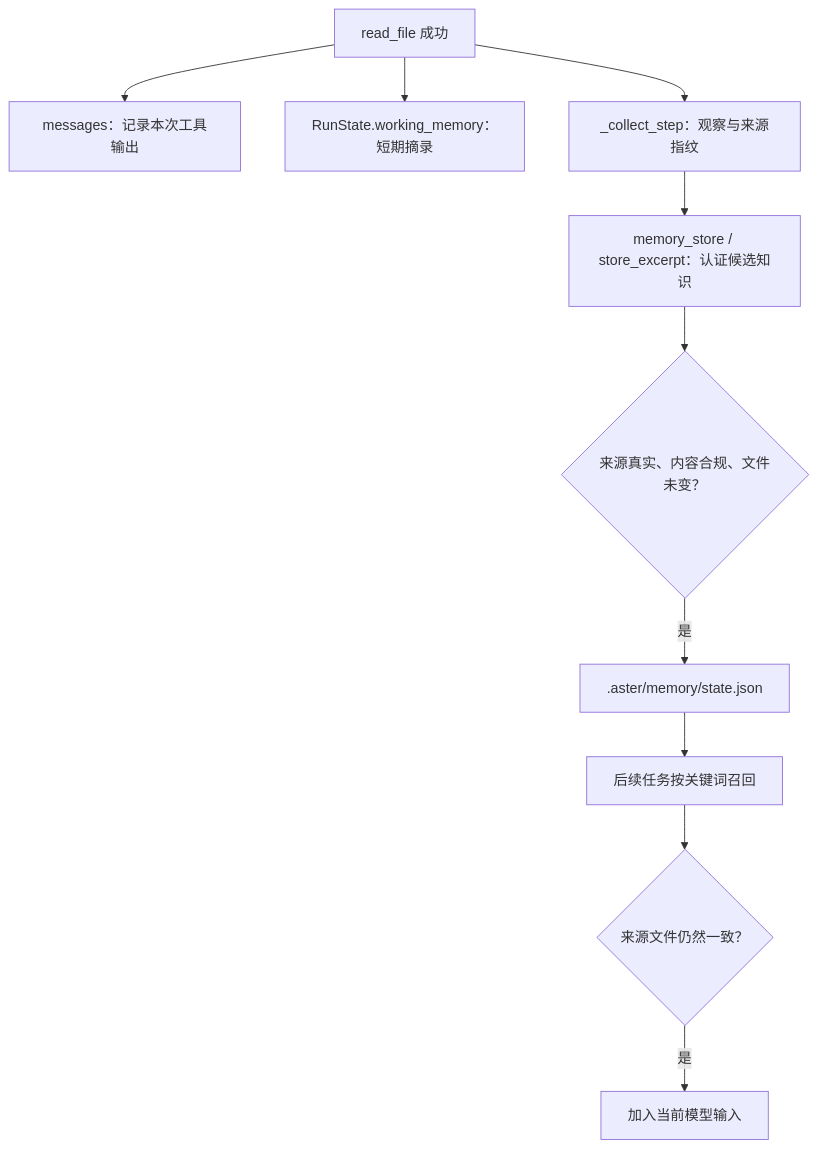
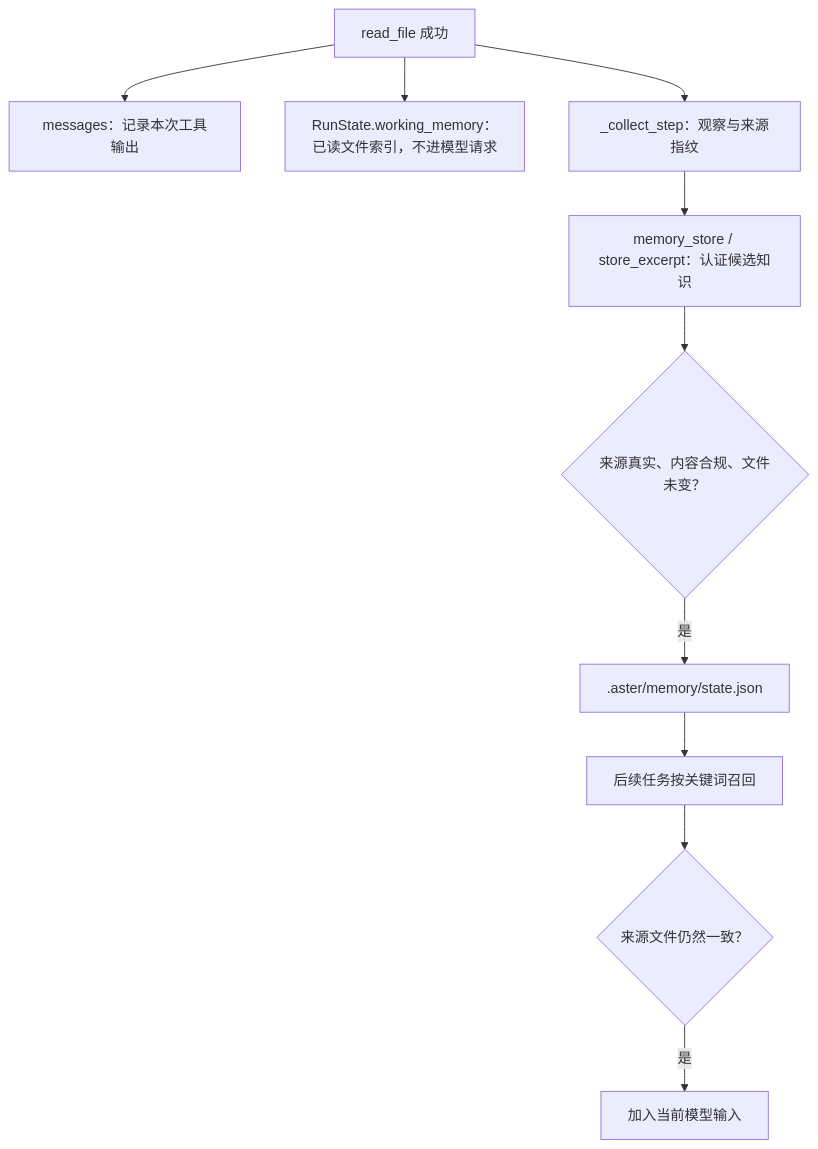
The diagram in docs/learning/10-layered-memory.md (prossiblezero/Aster), drawn with Mermaid before and after one commit. The commit also changed other lines of this file and 7 other files, not shown here.

````diff
--- a/docs/learning/10-layered-memory.md
+++ b/docs/learning/10-layered-memory.md
@@ -15,12 +15,12 @@
 ```mermaid
 flowchart TD
     A[read_file 成功] --> B[messages：记录本次工具输出]
-    A --> C[RunState.working_memory：短期摘录]
+    A --> C[RunState.working_memory：已读文件索引，不进模型请求]
     A --> D[_collect_step：观察与来源指纹]
     D --> E[memory_store / store_excerpt：认证候选知识]
     E --> F{来源真实、内容合规、文件未变？}
     F -->|是| G[.aster/memory/state.json]
     G --> H[后续任务按关键词召回]
     H --> I{来源文件仍然一致？}
     I -->|是| J[加入当前模型输入]
 ```
````
